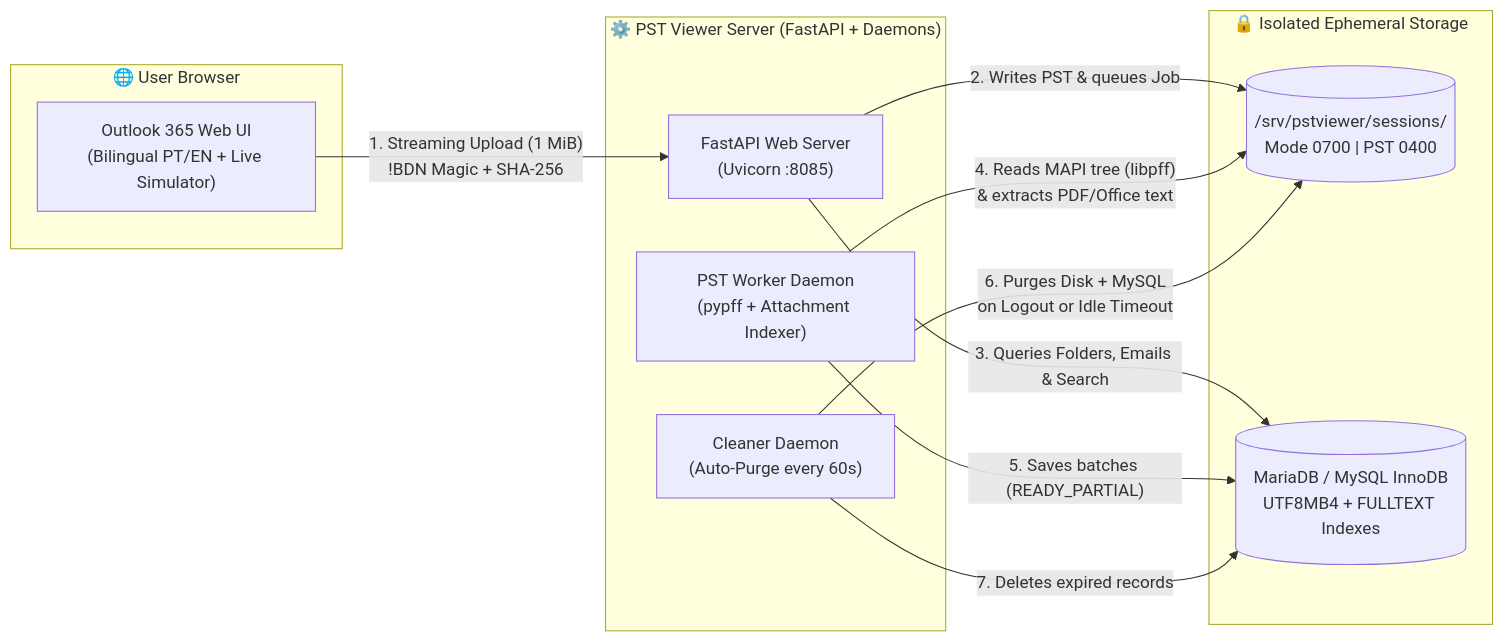
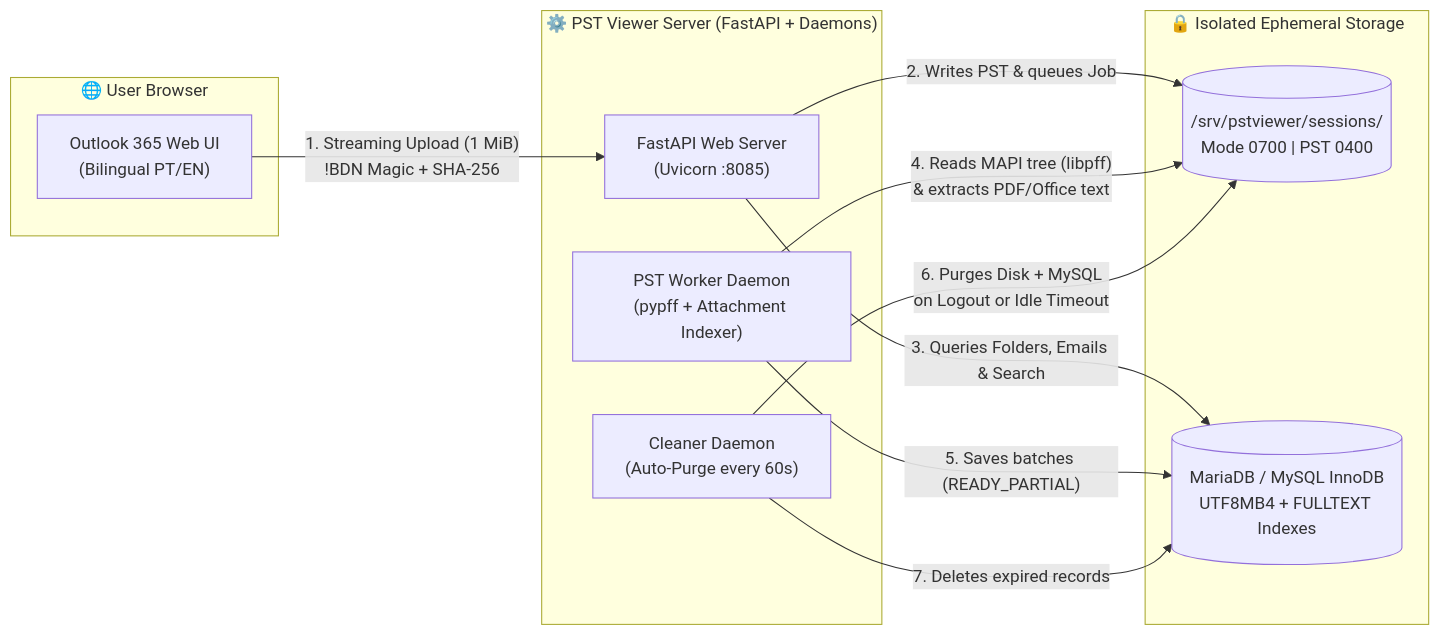
One commit to frederigi/pstviewer changed the diagram in README.en.md. Above: the diagram before and after it, drawn with Mermaid. The commit also changed other lines of this file and 4 other files, not shown here.

````diff
--- a/README.en.md
+++ b/README.en.md
@@ -186,25 +179,25 @@
 ```mermaid
 flowchart LR
     subgraph Client["🌐 User Browser"]
-        UI["Outlook 365 Web UI\n(Bilingual PT/EN + Live Simulator)"]
+        UI["Outlook 365 Web UI\n(Bilingual PT/EN)"]
     end
 
     subgraph Server["⚙️ PST Viewer Server (FastAPI + Daemons)"]
         API["FastAPI Web Server\n(Uvicorn :8085)"]
         WRK["PST Worker Daemon\n(pypff + Attachment Indexer)"]
         CLN["Cleaner Daemon\n(Auto-Purge every 60s)"]
     end
 
     subgraph Storage["🔒 Isolated Ephemeral Storage"]
         FS[("/srv/pstviewer/sessions/<uuid>\nMode 0700 | PST 0400")]
         DB[("MariaDB / MySQL InnoDB\nUTF8MB4 + FULLTEXT Indexes")]
     end
 
     UI -- "1. Streaming Upload (1 MiB)\n!BDN Magic + SHA-256" --> API
     API -- "2. Writes PST & queues Job" --> FS
     API -- "3. Queries Folders, Emails & Search" --> DB
     WRK -- "4. Reads MAPI tree (libpff)\n& extracts PDF/Office text" --> FS
     WRK -- "5. Saves batches (READY_PARTIAL)" --> DB
     CLN -- "6. Purges Disk + MySQL\non Logout or Idle Timeout" --> FS
     CLN -- "7. Deletes expired records" --> DB
 ```
````
